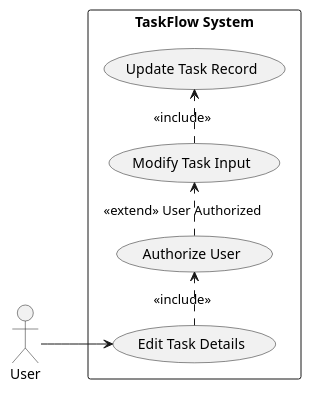
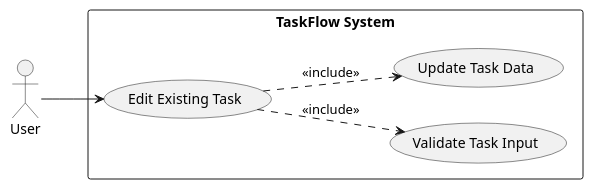
One commit to Chaman532003/framework changed the fourth of 9 diagrams in artifacts/spec/spec.md. Above: the diagram before and after it, drawn with PlantUML. The commit also changed other lines of this file, not shown here.

````diff
--- a/artifacts/spec/spec.md
+++ b/artifacts/spec/spec.md
@@ -417,20 +397,18 @@
 ```plantuml
 @startuml
 left to right direction
 skinparam packageStyle rectangle
 
 actor User
 
 rectangle "TaskFlow System" {
-  usecase (Edit Task Details) as UC5
-  usecase (Authorize User) as UC5a
-  usecase (Modify Task Input) as UC5b
-  usecase (Update Task Record) as UC5c
+  usecase (Edit Existing Task) as UC5
+  usecase (Validate Task Input) as UC_ValidateTask
+  usecase (Update Task Data) as UC_UpdateTask
 }
 
 User --> UC5
-UC5 .> UC5a : <<include>>
-UC5a .> UC5b : <<extend>> User Authorized
-UC5b .> UC5c : <<include>>
+UC5 ..> UC_ValidateTask : <<include>>
+UC5 ..> UC_UpdateTask : <<include>>
 @enduml
 ```
````
